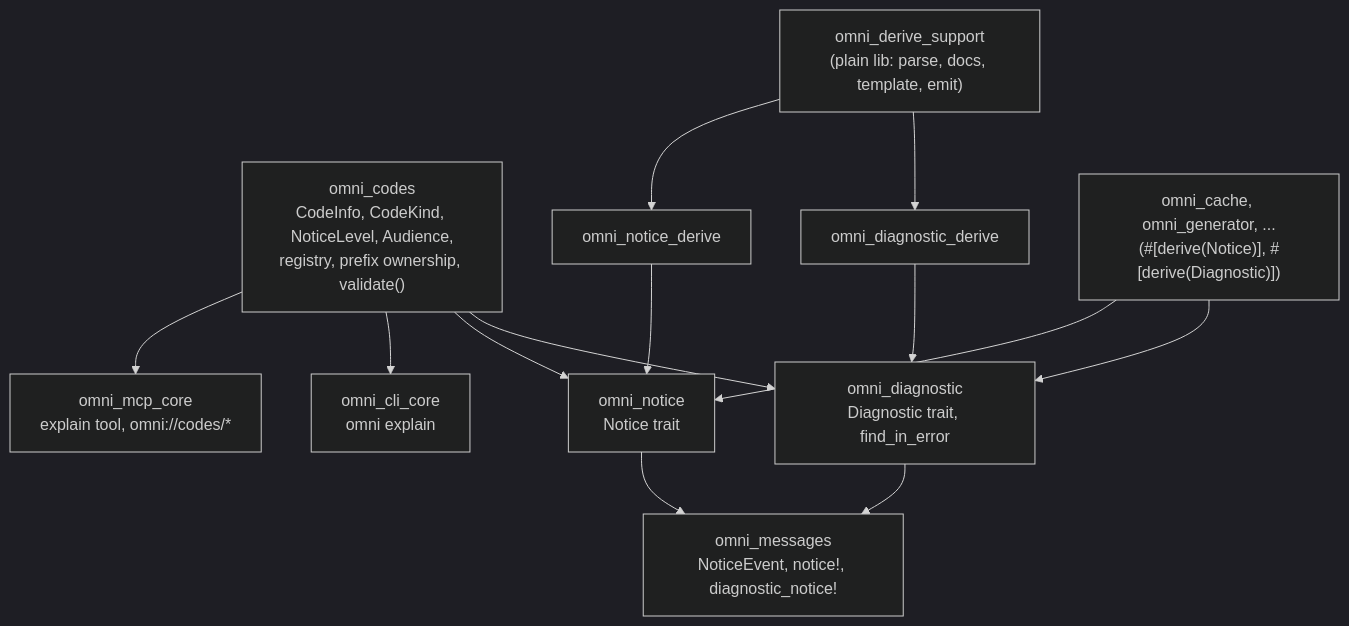
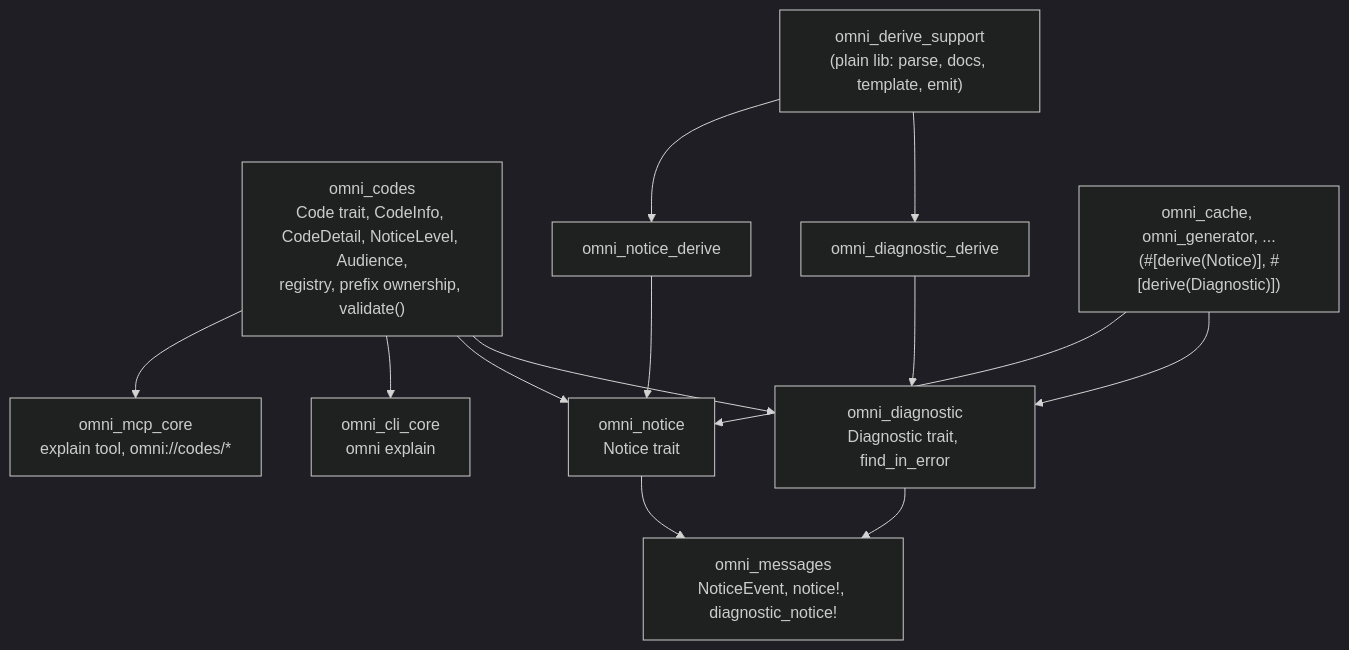
One commit to omni-oss/omni changed the second of 2 diagrams in docs/rfc/0023-events-diagnostics-notices-and-tracing.md. Above: the diagram before and after it, drawn with Mermaid (dark theme). The commit also changed other lines of this file, not shown here.

Commit message:
docs(rfc): add Code trait, CodeDetail enum, Notice: Code

````diff
--- a/docs/rfc/0023-events-diagnostics-notices-and-tracing.md
+++ b/docs/rfc/0023-events-diagnostics-notices-and-tracing.md
@@ -342,26 +365,26 @@
 ```mermaid
 flowchart TD
-    codes["omni_codes<br/>CodeInfo, CodeKind, NoticeLevel, Audience,<br/>registry, prefix ownership, validate()"]
+    codes["omni_codes<br/>Code trait, CodeInfo, CodeDetail, NoticeLevel, Audience,<br/>registry, prefix ownership, validate()"]
     support["omni_derive_support<br/>(plain lib: parse, docs, template, emit)"]
     dderive["omni_diagnostic_derive"]
     nderive["omni_notice_derive"]
     diag["omni_diagnostic<br/>Diagnostic trait, find_in_error"]
     notice["omni_notice<br/>Notice trait"]
     msgs["omni_messages<br/>NoticeEvent, notice!, diagnostic_notice!"]
     cli["omni_cli_core<br/>omni explain"]
     mcp["omni_mcp_core<br/>explain tool, omni://codes/*"]
     users["omni_cache, omni_generator, ...<br/>(#[derive(Notice)], #[derive(Diagnostic)])"]
 
     support --> dderive
     support --> nderive
     dderive --> diag
     nderive --> notice
     codes --> diag
     codes --> notice
     notice --> msgs
     diag --> msgs
     users --> diag
     users --> notice
     codes --> cli
     codes --> mcp
 ```
````
